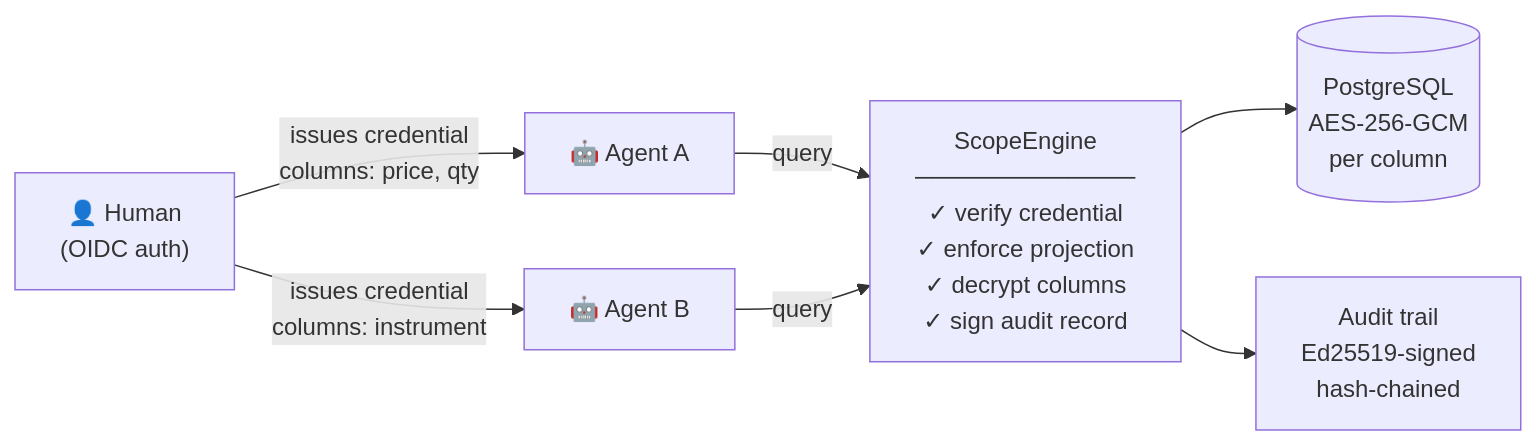
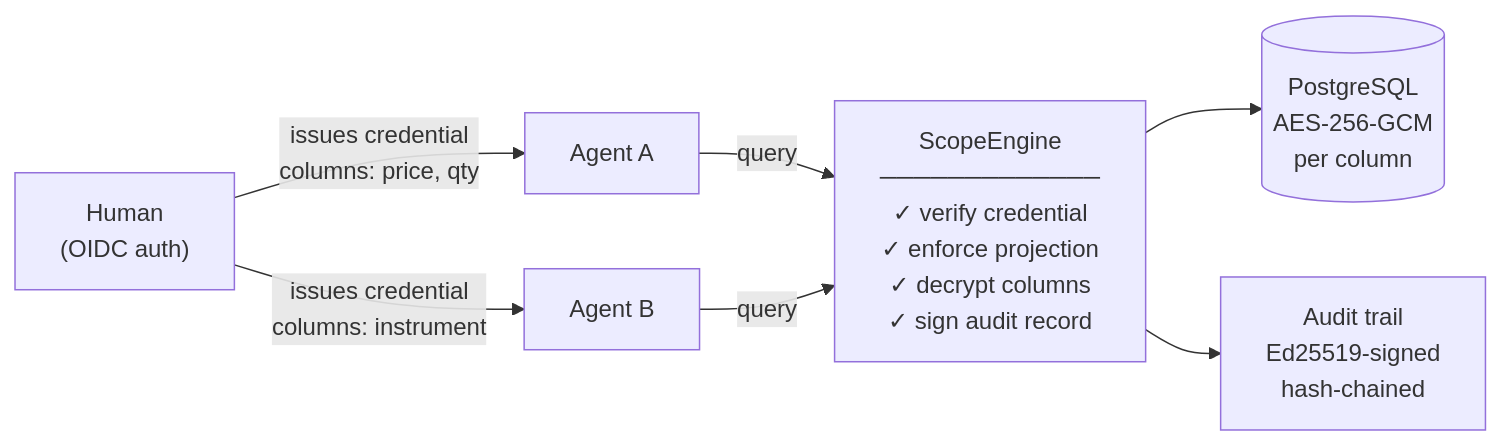
Before and after one commit to abaxxlabs/agents: the diagram in README.md, drawn with Mermaid. The commit also changed other lines of this file, not shown here.

````diff
--- a/README.md
+++ b/README.md
@@ -19,11 +27,11 @@
 ```mermaid
 flowchart LR
-    H["👤 Human\n(OIDC auth)"]
+    H["Human\n(OIDC auth)"]
     H -->|"issues credential\ncolumns: price, qty"| A
     H -->|"issues credential\ncolumns: instrument"| B
-    A["🤖 Agent A"] -->|query| SE
-    B["🤖 Agent B"] -->|query| SE
+    A["Agent A"] -->|query| SE
+    B["Agent B"] -->|query| SE
     SE["ScopeEngine\n─────────────\n✓ verify credential\n✓ enforce projection\n✓ decrypt columns\n✓ sign audit record"]
     SE --> DB[("PostgreSQL\nAES-256-GCM\nper column")]
     SE --> AL["Audit trail\nEd25519-signed\nhash-chained"]
 ```
````
